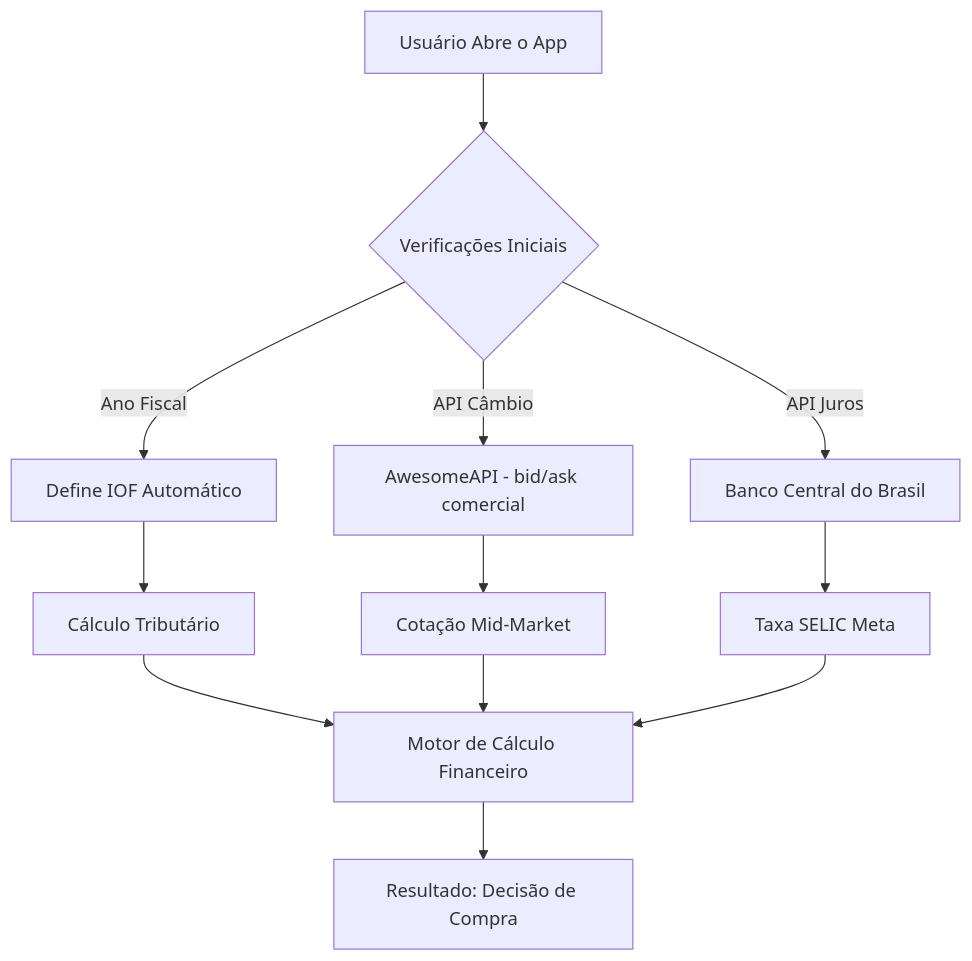
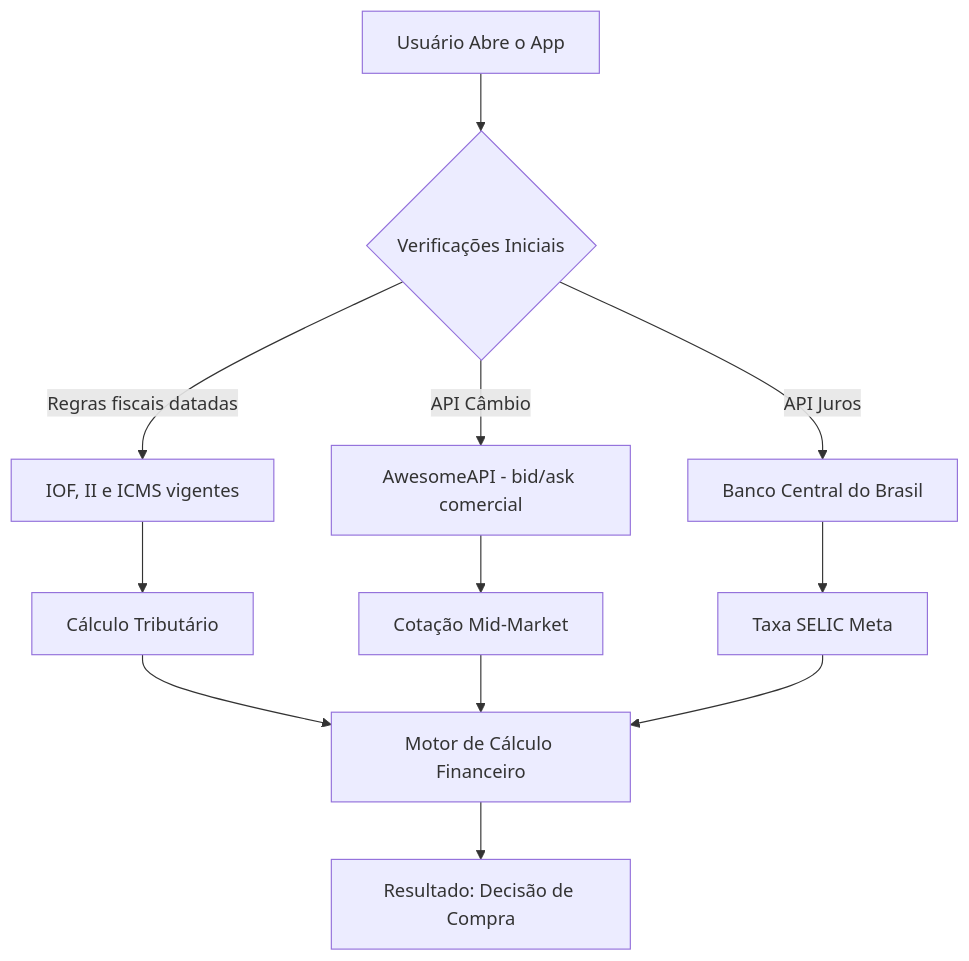
One commit to luccas-amorim/emporos changed the diagram in docs/WHITEPAPER.md. Above: the diagram before and after it, drawn with Mermaid. The commit also changed other lines of this file and 12 other files, not shown here.

First line of the commit message:
fix: IOF de 3,5% e Remessa Conforme vigentes, com regras fiscais datadas

````diff
--- a/docs/WHITEPAPER.md
+++ b/docs/WHITEPAPER.md
@@ -28,14 +28,14 @@
 ```mermaid
 graph TD
     A[Usuário Abre o App] --> B{Verificações Iniciais}
-    B -->|Ano Fiscal| C[Define IOF Automático]
+    B -->|Regras fiscais datadas| C[IOF, II e ICMS vigentes]
     B -->|API Câmbio| D[AwesomeAPI - bid/ask comercial]
     B -->|API Juros| E[Banco Central do Brasil]
     
     C --> F[Cálculo Tributário]
     D --> G[Cotação Mid-Market]
     E --> H[Taxa SELIC Meta]
     
     F & G & H --> I[Motor de Cálculo Financeiro]
     I --> J[Resultado: Decisão de Compra]
 ```
````
